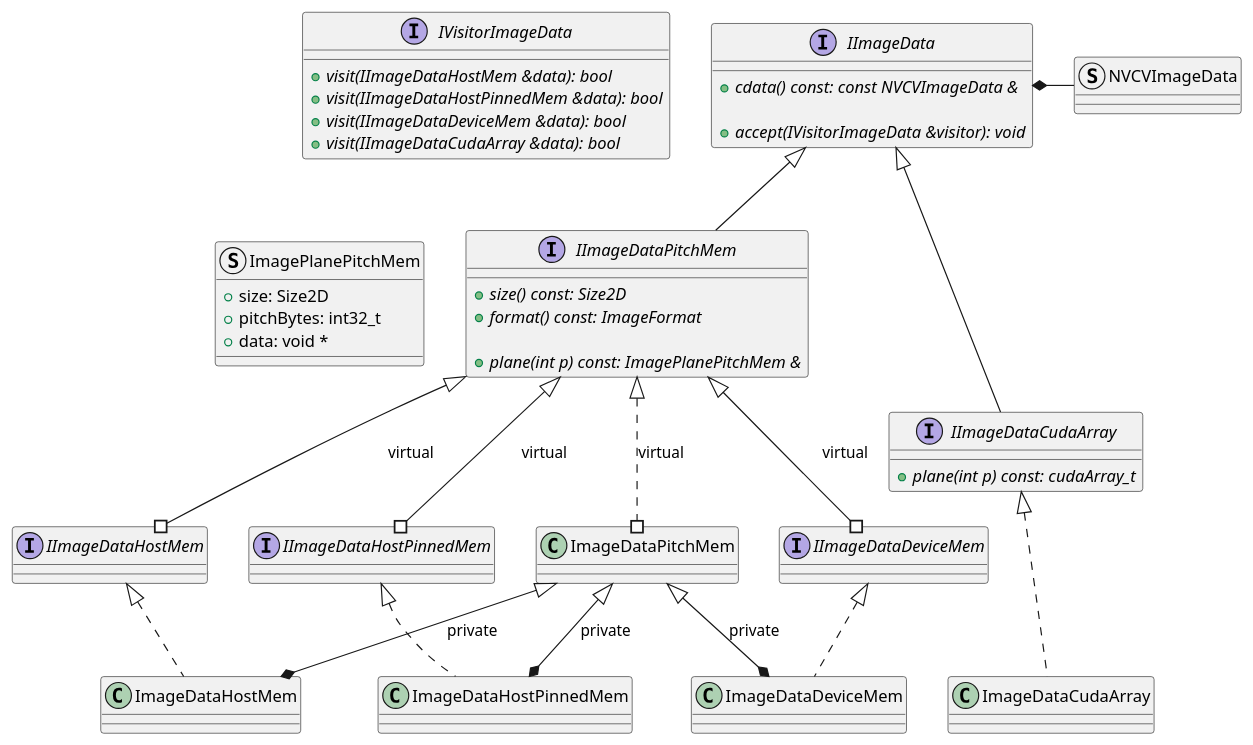
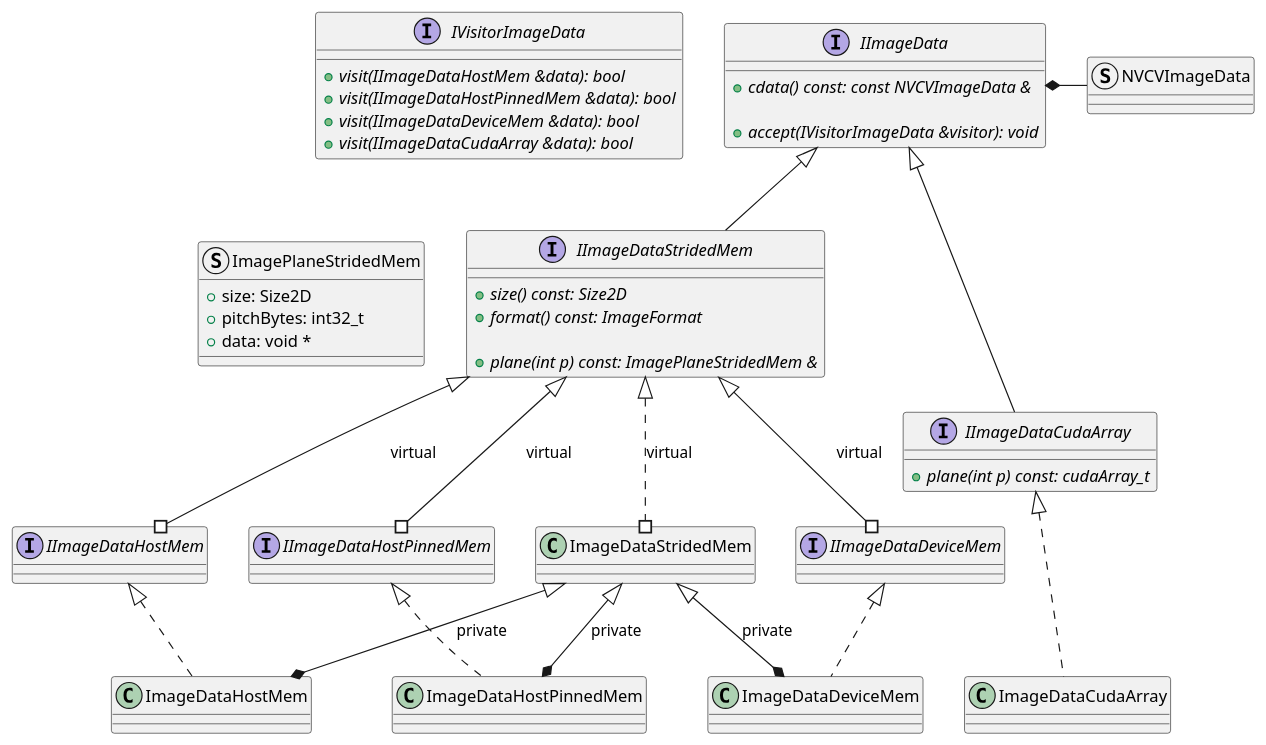
One commit to JanuszL/CV-CUDA changed the diagram in docs/design/image_data_future_classes.puml. Above: the diagram before and after it, drawn with PlantUML. The commit also changed 154 other files, not shown here.

```diff
--- a/docs/design/image_data_future_classes.puml
+++ b/docs/design/image_data_future_classes.puml
@@ -13,86 +13,86 @@
 @startuml
 
-struct ImagePlanePitchMem
+struct ImagePlaneStridedMem
 {
     + size: Size2D
     + pitchBytes: int32_t
     + data: void *
 }
 
 struct NVCVImageData
 
 interface IVisitorImageData
 {
     + {abstract} visit(IImageDataHostMem &data): bool
     + {abstract} visit(IImageDataHostPinnedMem &data): bool
     + {abstract} visit(IImageDataDeviceMem &data): bool
     + {abstract} visit(IImageDataCudaArray &data): bool
 }
 
 interface IImageData
 {
     + {abstract} cdata() const: const NVCVImageData &
 
     + {abstract} accept(IVisitorImageData &visitor): void
 }
 
 IImageData *-right- NVCVImageData
 IImageData -[hidden]left- IVisitorImageData
 
 interface IImageDataCudaArray extends IImageData
 {
     + {abstract} plane(int p) const: cudaArray_t
 }
 
-interface IImageDataPitchMem extends IImageData
+interface IImageDataStridedMem extends IImageData
 {
     + {abstract} size() const: Size2D
     + {abstract} format() const: ImageFormat
 
-    + {abstract} plane(int p) const: ImagePlanePitchMem &
+    + {abstract} plane(int p) const: ImagePlaneStridedMem &
 }
 
-IImageDataPitchMem -[hidden]left- ImagePlanePitchMem
+IImageDataStridedMem -[hidden]left- ImagePlaneStridedMem
 
 interface IImageDataHostMem
 {
 }
-IImageDataPitchMem <|--# IImageDataHostMem: virtual
+IImageDataStridedMem <|--# IImageDataHostMem: virtual
 
 interface IImageDataHostPinnedMem
 {
 }
-IImageDataPitchMem <|--# IImageDataHostPinnedMem: virtual
+IImageDataStridedMem <|--# IImageDataHostPinnedMem: virtual
 
 interface IImageDataDeviceMem
 {
 }
-IImageDataPitchMem <|--# IImageDataDeviceMem: virtual
+IImageDataStridedMem <|--# IImageDataDeviceMem: virtual
 
 class ImageDataCudaArray implements IImageDataCudaArray
 {
 }
 
-class ImageDataPitchMem
+class ImageDataStridedMem
 {
 }
-IImageDataPitchMem <|..# ImageDataPitchMem: virtual
+IImageDataStridedMem <|..# ImageDataStridedMem: virtual
 
 class ImageDataHostMem implements IImageDataHostMem
 {
 }
-ImageDataPitchMem <|--* ImageDataHostMem: private
+ImageDataStridedMem <|--* ImageDataHostMem: private
 
 class ImageDataHostPinnedMem implements IImageDataHostPinnedMem
 {
 }
-ImageDataPitchMem <|--* ImageDataHostPinnedMem: private
+ImageDataStridedMem <|--* ImageDataHostPinnedMem: private
 
 class ImageDataDeviceMem implements IImageDataDeviceMem
 {
 }
-ImageDataPitchMem <|--* ImageDataDeviceMem: private
+ImageDataStridedMem <|--* ImageDataDeviceMem: private
 
 ImageDataCudaArray -[hidden]left- ImageDataDeviceMem
 
 @enduml
```
